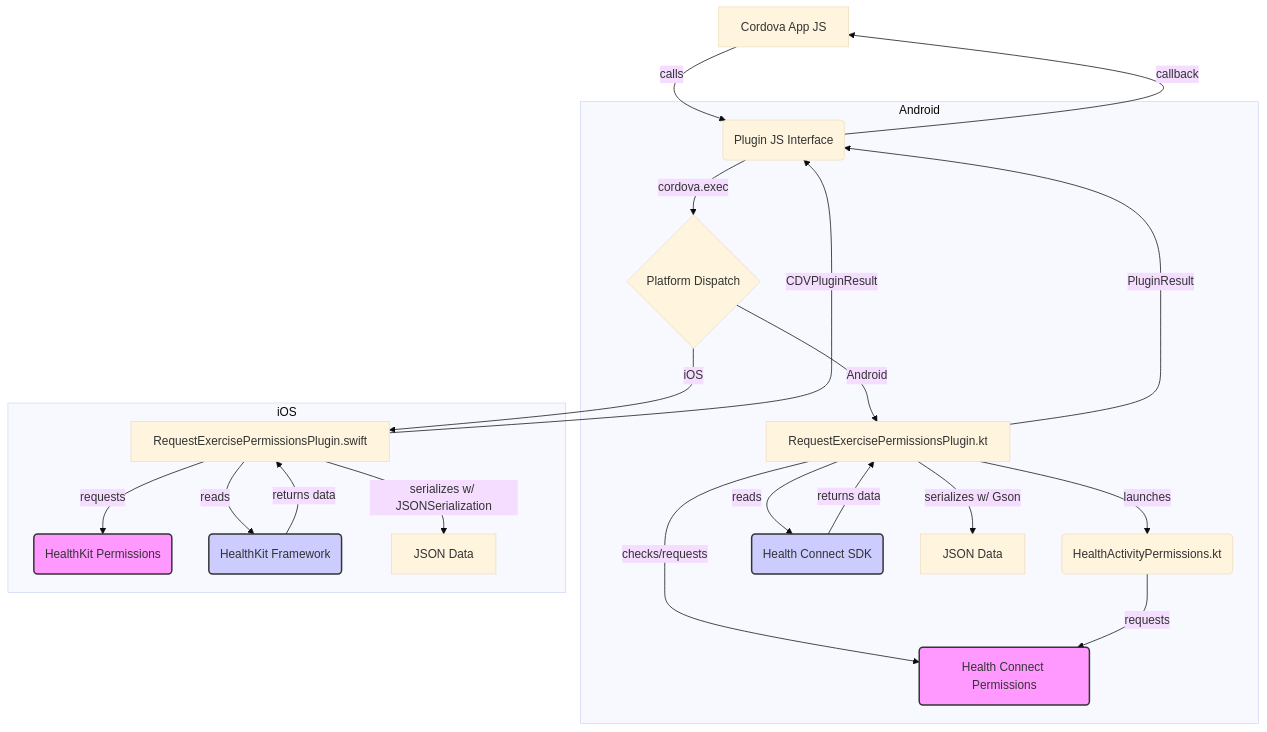
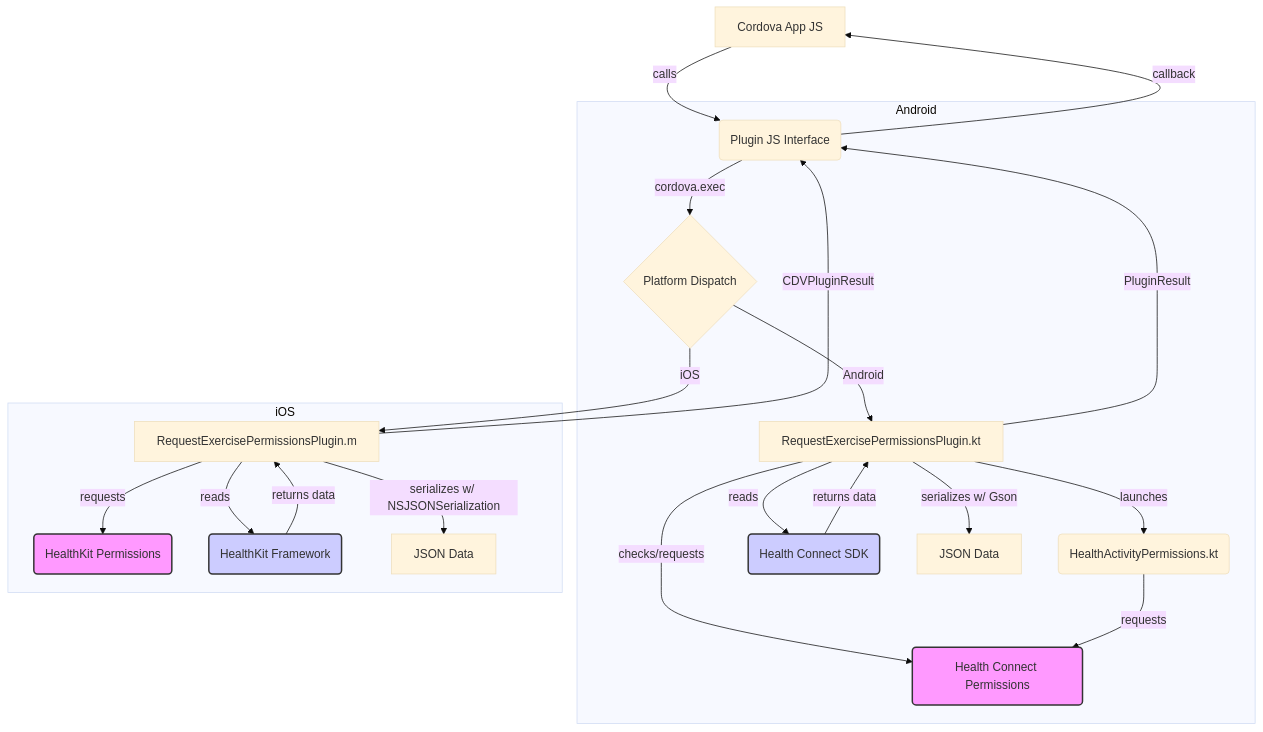
Before and after one commit to TruewindIT/cordova-android-exercises-plugin: the diagram in memory-bank/systemPatterns.md, drawn with Mermaid (base theme). The commit also changed other lines of this file and 7 other files, not shown here.

````diff
--- a/memory-bank/systemPatterns.md
+++ b/memory-bank/systemPatterns.md
@@ -38,32 +38,32 @@
 ```mermaid
 graph TD
     A[Cordova App JS] -- calls --> B(Plugin JS Interface);
     B -- cordova.exec --> C{Platform Dispatch};
 
     subgraph Android
         C -- Android --> D[RequestExercisePermissionsPlugin.kt];
         D -- checks/requests --> E(Health Connect Permissions);
         D -- launches --> F(HealthActivityPermissions.kt);
         F -- requests --> E;
         D -- reads --> G(Health Connect SDK);
         G -- returns data --> D;
         D -- serializes w/ Gson --> H[JSON Data];
         D -- PluginResult --> B;
     end
 
     subgraph iOS
-        C -- iOS --> I[RequestExercisePermissionsPlugin.swift];
+        C -- iOS --> I[RequestExercisePermissionsPlugin.m];
         I -- requests --> J(HealthKit Permissions);
         I -- reads --> K(HealthKit Framework);
         K -- returns data --> I;
-        I -- serializes w/ JSONSerialization --> L[JSON Data];
+        I -- serializes w/ NSJSONSerialization --> L[JSON Data];
         I -- CDVPluginResult --> B;
     end
 
     B -- callback --> A;
 
     style E fill:#f9f,stroke:#333,stroke-width:2px
     style G fill:#ccf,stroke:#333,stroke-width:2px
     style J fill:#f9f,stroke:#333,stroke-width:2px
     style K fill:#ccf,stroke:#333,stroke-width:2px
 ```
````
